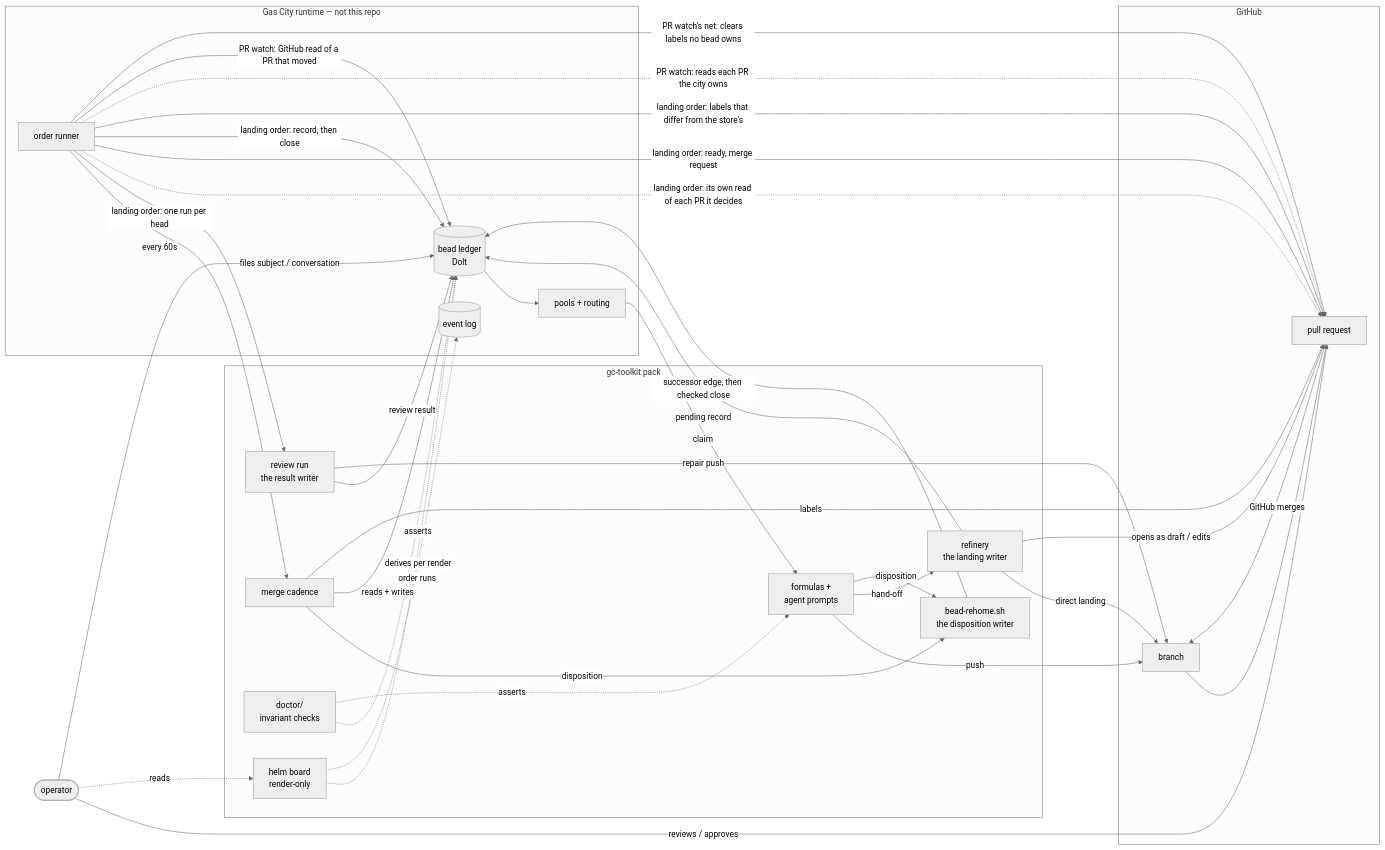
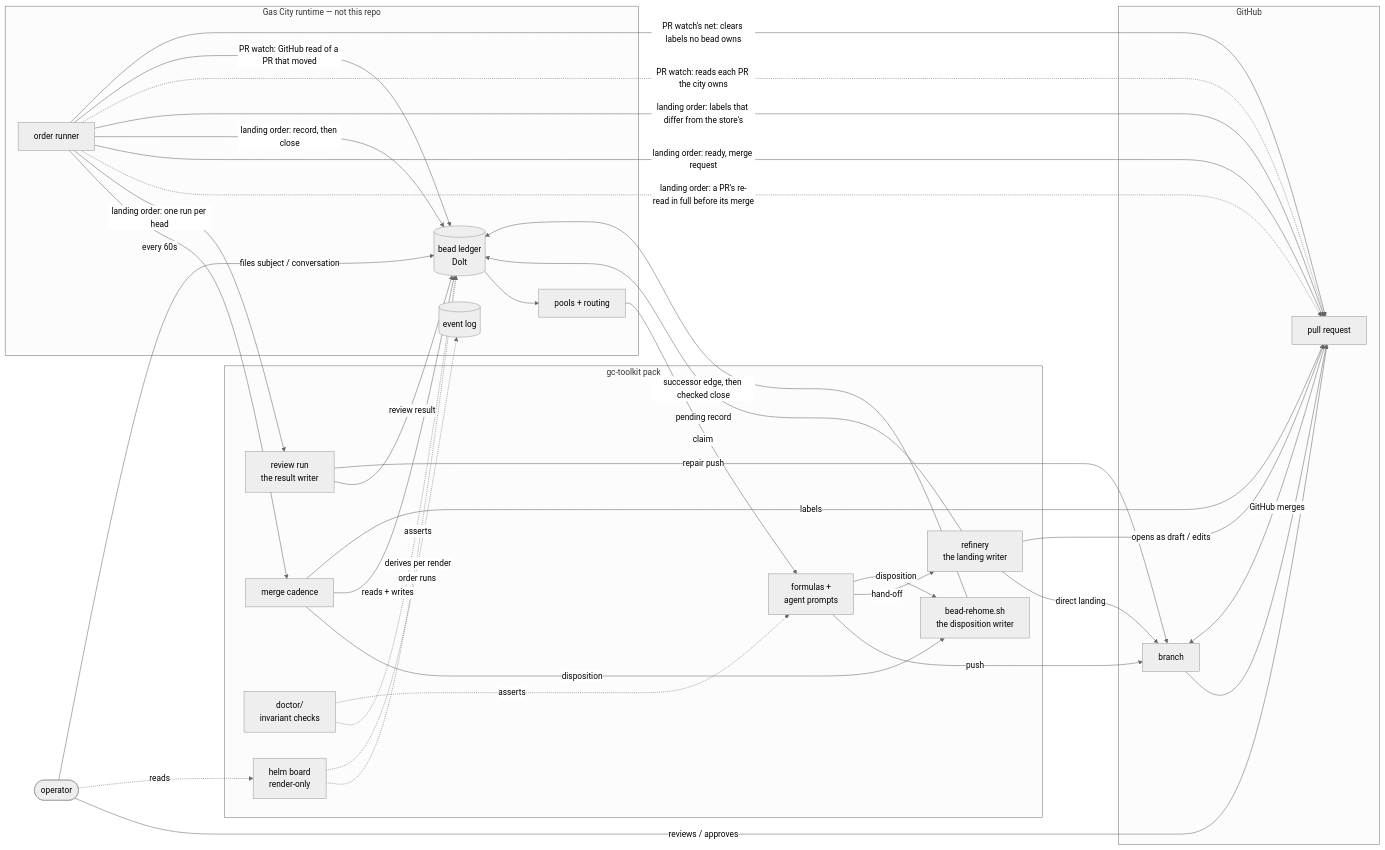
One commit to zookanalytics/gc-toolkit changed the diagram in docs/architecture.md. Above: the diagram before and after it, drawn with Mermaid (neutral theme). The commit also changed other lines of this file and 2 other files, not shown here.

First line of the commit message:
docs(architecture): record the PR's two loops and the merge's one check of GitHub (tk-1tfzr71.149)

````diff
--- a/docs/architecture.md
+++ b/docs/architecture.md
@@ -40,56 +40,56 @@
 ```mermaid
 flowchart LR
   OP([operator])
   subgraph city["Gas City runtime — not this repo"]
     LEDGER[(bead ledger<br/>Dolt)]
     EVT[(event log)]
     POOL[pools + routing]
     ORD[order runner]
   end
   subgraph pack["gc-toolkit pack"]
     FORM[formulas +<br/>agent prompts]
     REF[refinery<br/>the landing writer]
     DISP[bead-rehome.sh<br/>the disposition writer]
     CAD[merge cadence]
     RUN[review run<br/>the result writer]
     DOC[doctor/<br/>invariant checks]
     HELM[helm board<br/>render-only]
   end
   subgraph git["GitHub"]
     BR[branch]
     PR[pull request]
   end
 
   OP -->|files subject / conversation| LEDGER
   OP -->|reviews / approves| PR
   OP -.->|reads| HELM
   LEDGER --> POOL
   POOL -->|claim| FORM
   FORM -->|push| BR
   FORM -->|hand-off| REF
   REF -->|direct landing| BR
   REF -->|opens as draft / edits| PR
   REF -->|pending record| LEDGER
   FORM -->|disposition| DISP
   CAD -->|disposition| DISP
   DISP -->|successor edge, then checked close| LEDGER
   RUN -->|review result| LEDGER
   RUN -->|repair push| BR
   ORD -->|every 60s| CAD
   ORD -->|landing order: one run per head| RUN
-  ORD -.->|landing order: its own read of each PR it decides| PR
+  ORD -.->|landing order: a PR's re-read in full before its merge| PR
   ORD -->|landing order: ready, merge request| PR
   ORD -->|landing order: record, then close| LEDGER
   ORD -->|landing order: labels that differ from the store's| PR
   ORD -.->|PR watch: reads each PR the city owns| PR
   ORD -->|PR watch: GitHub read of a PR that moved| LEDGER
   ORD -->|PR watch's net: clears labels no bead owns| PR
   CAD -->|reads + writes| LEDGER
   CAD -->|labels| PR
   BR --> PR
   PR -->|GitHub merges| BR
   HELM -.->|derives per render| LEDGER
   HELM -.->|order runs| EVT
   DOC -.->|asserts| LEDGER
   DOC -.->|asserts| FORM
 ```
````
